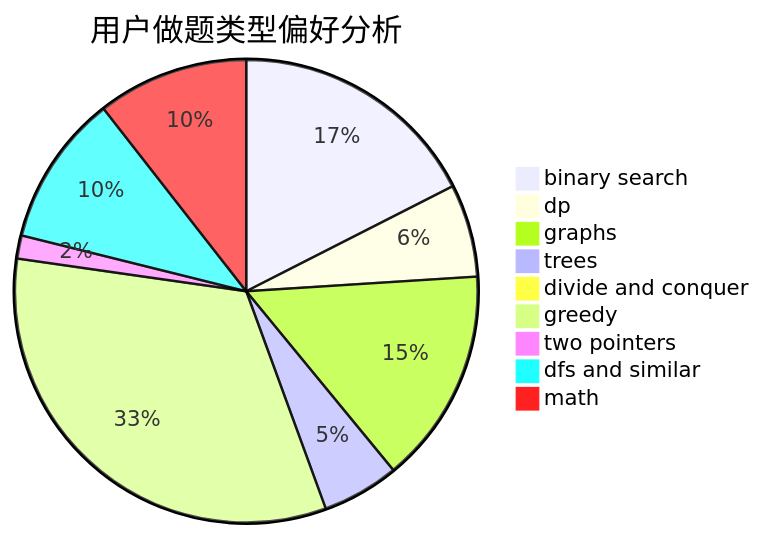
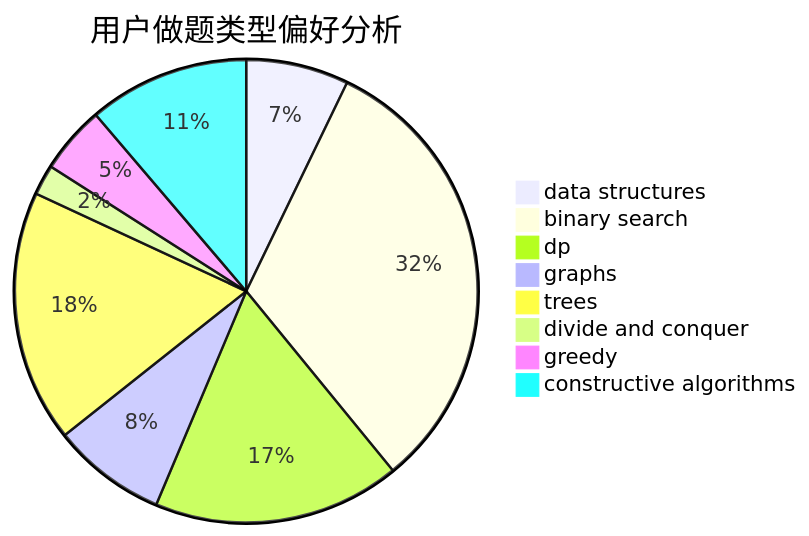
The second of 3 diagrams in docs/user/u2348.md (sherpahu/cfrs.github.io), drawn with Mermaid before and after one commit. The commit also changed other lines of this file and 2775 other files, not shown here.

````diff
--- a/docs/user/u2348.md
+++ b/docs/user/u2348.md
@@ -23,12 +23,11 @@
 ```mermaid
 pie title 用户做题类型偏好分析
-    "binary search" :  378
-    "dp" :  140
-    "graphs" :  325
-    "trees" :  116
+    "data structures" :  44
+    "binary search" :  196
+    "dp" :  106
+    "graphs" :  49
+    "trees" :  108
     "divide and conquer" :  13
-    "greedy" :  709
-    "two pointers" :  35
-    "dfs and similar" :  228
-    "math" :  228
+    "greedy" :  29
+    "constructive algorithms" :  69
 ```
````
